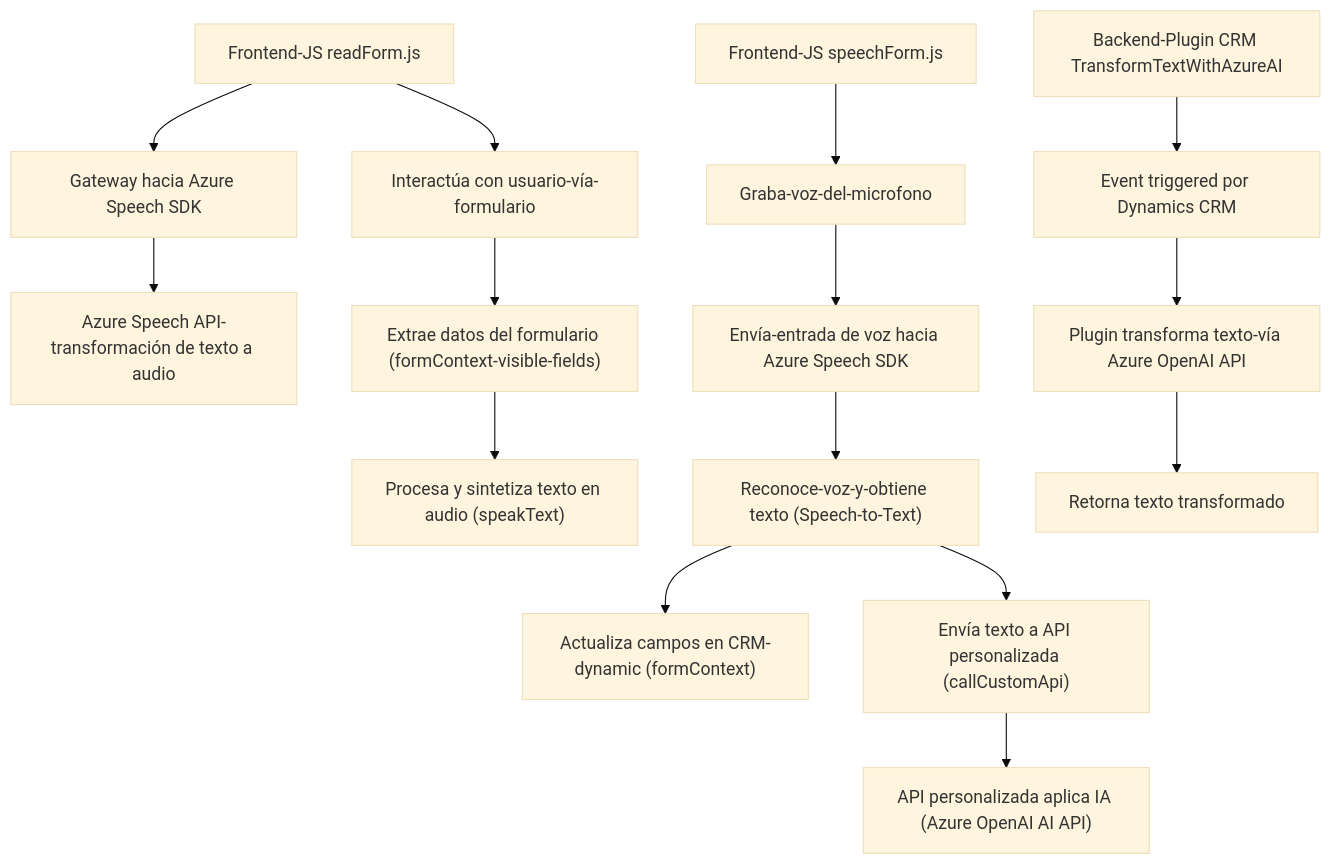
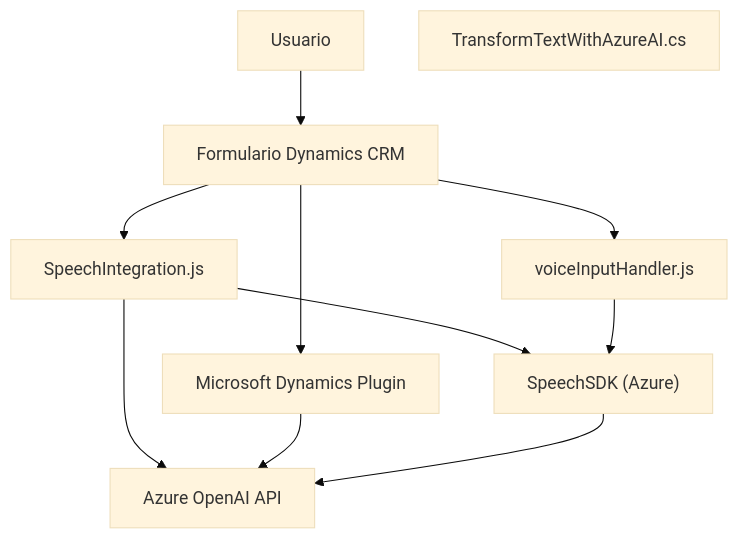
One commit to blopezdm/NETCORE_BILBAO2025 changed the diagram in README.md. Above: the diagram before and after it, drawn with Mermaid (base theme). The commit also changed other lines of this file, not shown here.

Commit message:
Actualizar análisis global de la solución con IA

````diff
--- a/README.md
+++ b/README.md
@@ -48,19 +38,21 @@
 ```mermaid
 graph TD
-    A["Frontend-JS readForm.js"] --> B["Interactúa con usuario-vía-formulario"]
-    A --> C["Gateway hacia Azure Speech SDK"]
-    C --> D["Azure Speech API-transformación de texto a audio"]
-    B --> E["Extrae datos del formulario (formContext-visible-fields)"]
-    E --> F["Procesa y sintetiza texto en audio (speakText)"]
+    A["Usuario"]
+    B["Formulario Dynamics CRM"]
+    C["SpeechIntegration.js"]
+    D["voiceInputHandler.js"]
+    E["SpeechSDK (Azure)"]
+    F["Azure OpenAI API"]
+    G["TransformTextWithAzureAI.cs"]
+    H["Microsoft Dynamics Plugin"]
 
-    G["Frontend-JS speechForm.js"] --> H["Graba-voz-del-microfono"]
-    H --> I["Envía-entrada de voz hacia Azure Speech SDK"]
-    I --> J["Reconoce-voz-y-obtiene texto (Speech-to-Text)"]
-    J --> K["Actualiza campos en CRM-dynamic (formContext)"]
-    J --> L["Envía texto a API personalizada (callCustomApi)"]
-    L --> M["API personalizada aplica IA (Azure OpenAI AI API)"]
-
-    N["Backend-Plugin CRM TransformTextWithAzureAI"] --> O["Event triggered por Dynamics CRM"]
-    O --> P["Plugin transforma texto-vía Azure OpenAI API"]
-    P --> Q["Retorna texto transformado"]
+    A --> B
+    B --> C
+    B --> D
+    C --> E
+    C --> F
+    D --> E
+    B --> H
+    H --> F
+    E --> F
 ```
````
